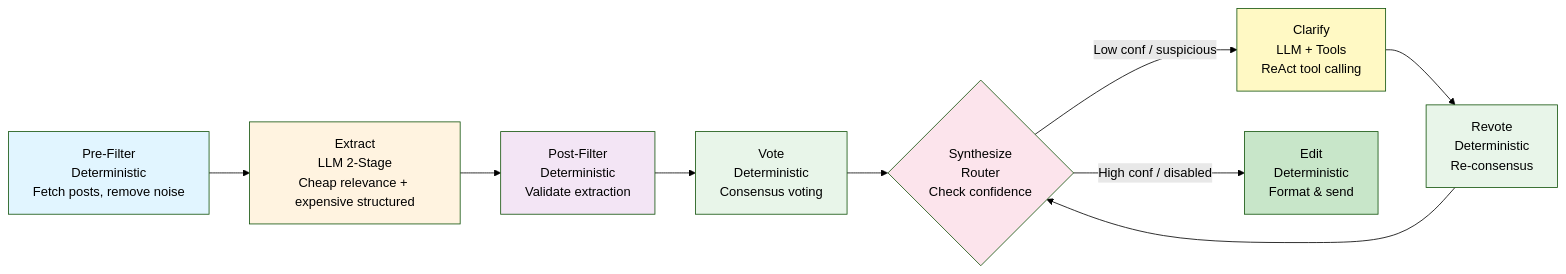
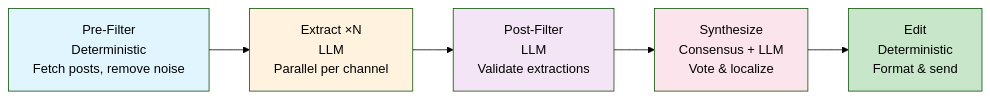
One commit to mikhailkogan17/EasyOref changed the diagram in README.md. Above: the diagram before and after it, drawn with Mermaid (forest theme). The commit also changed other lines of this file, not shown here.

````diff
--- a/README.md
+++ b/README.md
@@ -126,19 +130,12 @@
 ```mermaid
 graph LR
-    A["Pre-Filter<br/>Deterministic<br/>Fetch posts, remove noise"] --> B["Extract<br/>LLM 2-Stage<br/>Cheap relevance + expensive structured"]
-    B --> C["Post-Filter<br/>Deterministic<br/>Validate extraction"]
-    C --> D["Vote<br/>Deterministic<br/>Consensus voting"]
-    D --> E{"Synthesize<br/>Router<br/>Check confidence"}
-    E -->|Low conf / suspicious| F["Clarify<br/>LLM + Tools<br/>ReAct tool calling"]
-    F --> G["Revote<br/>Deterministic<br/>Re-consensus"]
-    G --> E
-    E -->|High conf / disabled| H["Edit<br/>Deterministic<br/>Format & send"]
+    A["Pre-Filter<br/>Deterministic<br/>Fetch posts, remove noise"] --> B["Extract ×N<br/>LLM<br/>Parallel per channel"]
+    B --> C["Post-Filter<br/>LLM<br/>Validate extractions"]
+    C --> D["Synthesize<br/>Consensus + LLM<br/>Vote & localize"]
+    D --> E["Edit<br/>Deterministic<br/>Format & send"]
     style A fill:#e1f5ff
     style B fill:#fff3e0
     style C fill:#f3e5f5
-    style D fill:#e8f5e9
-    style E fill:#fce4ec
-    style F fill:#fff9c4
-    style G fill:#e8f5e9
-    style H fill:#c8e6c9
+    style D fill:#fce4ec
+    style E fill:#c8e6c9
 ```
````
